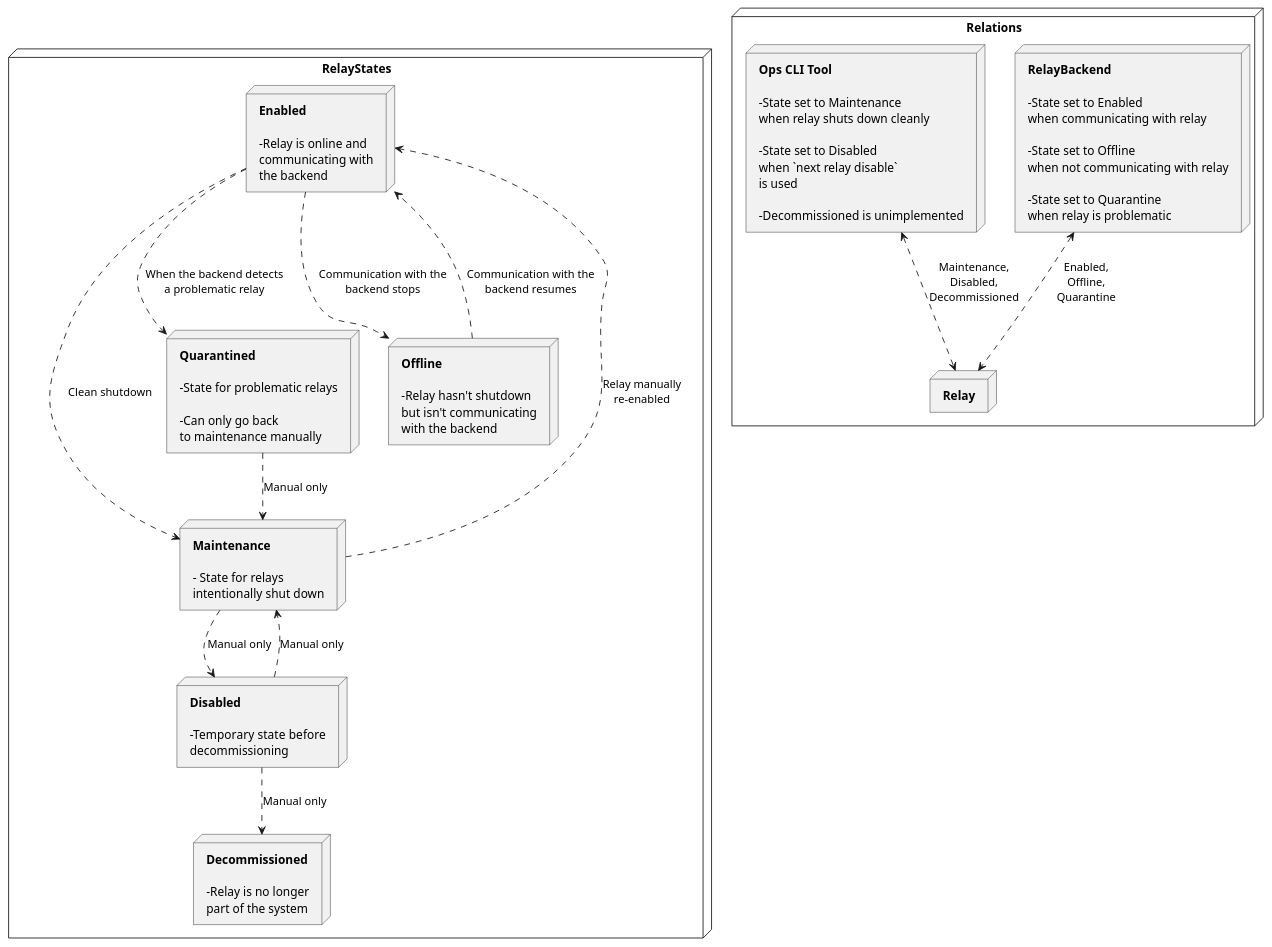
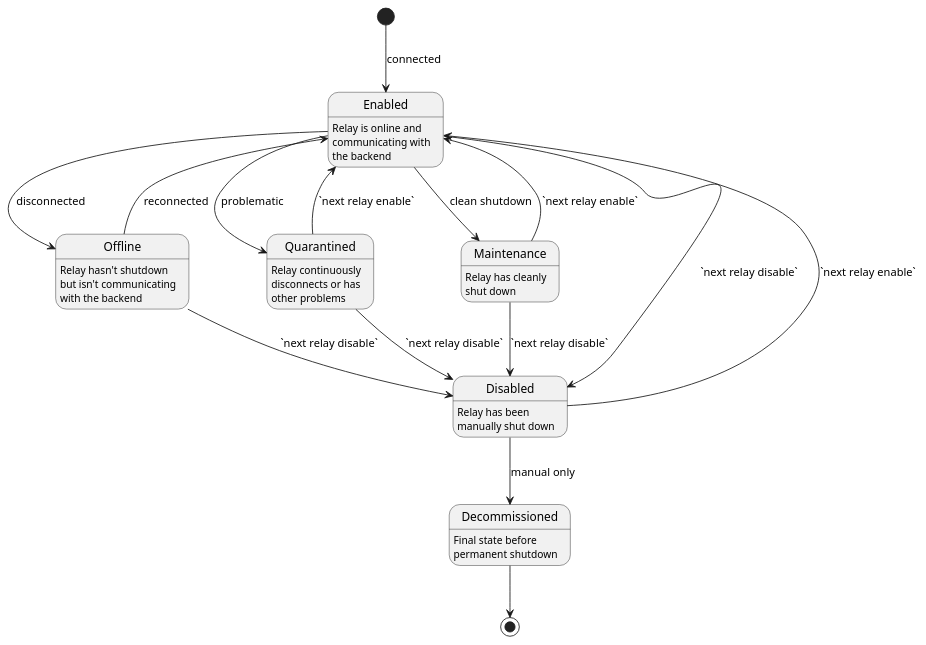
The diagram in .diagrams/relay-state.plantuml (networknext/next), drawn with PlantUML before and after one commit.

Commit message:
Changed plantuml to use states instead of nodes

```diff
--- a/.diagrams/relay-state.plantuml
+++ b/.diagrams/relay-state.plantuml
@@ -1,88 +1,23 @@
 @startuml
-node RelayStates {
-    node Enabled [
-        <b>Enabled</b>
+Enabled : Relay is online and\ncommunicating with\nthe backend
+    Offline : Relay hasn't shutdown\nbut isn't communicating\nwith the backend
+    Quarantined : Relay continuously\ndisconnects or has\nother problems
+    Maintenance : Relay has cleanly\nshut down
+    Disabled : Relay has been\nmanually shut down
+    Decommissioned : Final state before\npermanent shutdown
 
-        -Relay is online and
-        communicating with
-        the backend
-    ]
-    node Maintenance [
-        <b>Maintenance</b>
-
-        - State for relays
-        intentionally shut down
-    ]
-    node Disabled [
-        <b>Disabled</b>
-
-        -Temporary state before
-        decommissioning
-    ]
-    node Quarantined [
-        <b>Quarantined</b>
-
-        -State for problematic relays
-
-        -Can only go back
-        to maintenance manually
-    ]
-    node Decommissioned [
-        <b>Decommissioned</b>
-
-        -Relay is no longer
-        part of the system
-    ]
-    node Offline [
-        <b>Offline</b>
-
-        -Relay hasn't shutdown
-        but isn't communicating
-        with the backend
-    ]
-}
-
-Enabled ..> Maintenance : Clean shutdown
-Maintenance ..> Enabled : Relay manually\nre-enabled
-Disabled ..> Maintenance : Manual only
-Maintenance ..> Disabled : Manual only
-Disabled ..> Decommissioned : Manual only
-
-Enabled ..> Offline : Communication with the\nbackend stops
-Offline ..> Enabled : Communication with the\nbackend resumes
-Enabled ..> Quarantined : When the backend detects\na problematic relay
-Quarantined ..> Maintenance : Manual only
-
-node Relations {
-    node RelayBackend [
-        <b>RelayBackend</b>
-
-        -State set to Enabled
-        when communicating with relay
-
-        -State set to Offline
-        when not communicating with relay
-
-        -State set to Quarantine
-        when relay is problematic
-    ]
-    node OpsCLITool [
-        <b>Ops CLI Tool</b>
-
-        -State set to Maintenance
-        when relay shuts down cleanly
-
-        -State set to Disabled
-        when `next relay disable`
-        is used
-
-        -Decommissioned is unimplemented
-    ]
-    node Relay [
-        <b>Relay</b>
-    ]
-}
-
-RelayBackend <..> Relay : Enabled,\nOffline,\nQuarantine
-OpsCLITool <..> Relay : Maintenance,\nDisabled,\nDecommissioned
+    [*] --> Enabled : connected
+    Enabled --> Offline : disconnected
+    Offline --> Enabled : reconnected
+    Offline --> Disabled : `next relay disable`
+    Enabled --> Quarantined : problematic
+    Enabled --> Maintenance : clean shutdown
+    Enabled --> Disabled : `next relay disable`
+    Maintenance --> Enabled : `next relay enable`
+    Quarantined --> Enabled : `next relay enable`
+    Quarantined --> Disabled : `next relay disable`
+    Maintenance --> Disabled : `next relay disable`
+    Disabled --> Enabled : `next relay enable`
+    Disabled --> Decommissioned : manual only
+    Decommissioned --> [*]
 @enduml
```
